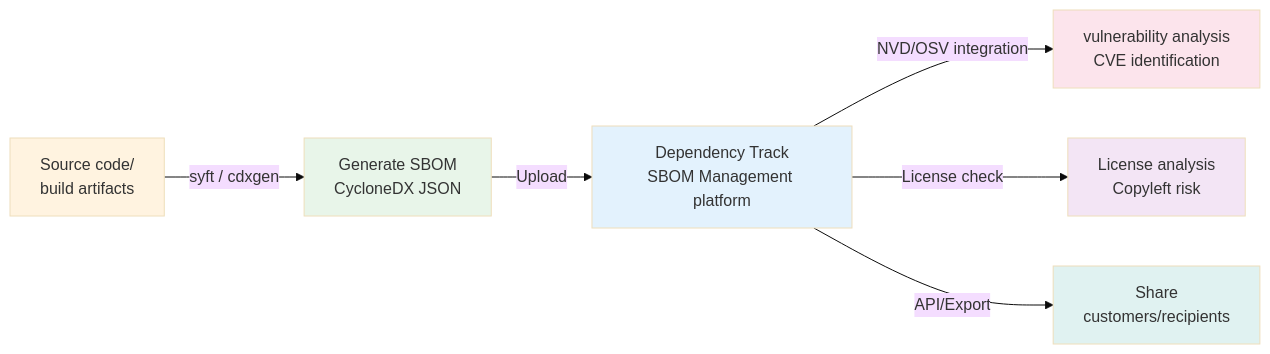
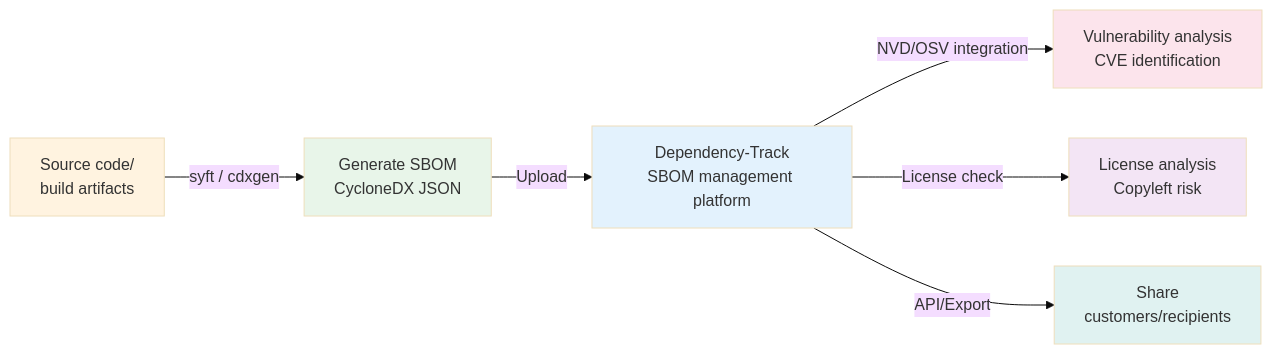
Before and after one commit to trustedoss/trustedoss.github.io: the diagram in website/i18n/en/docusaurus-plugin-content-docs/current/00-overview/sbom-101.md, drawn with Mermaid (base theme). The commit also changed other lines of this file and 33 other files, not shown here.

````diff
--- a/website/i18n/en/docusaurus-plugin-content-docs/current/00-overview/sbom-101.md
+++ b/website/i18n/en/docusaurus-plugin-content-docs/current/00-overview/sbom-101.md
@@ -110,15 +110,15 @@
 ```mermaid
 flowchart LR
     A[Source code/\nbuild artifacts] -->|syft / cdxgen| B[Generate SBOM\nCycloneDX JSON]
-    B -->|Upload| C[Dependency Track\nSBOM Management platform]
-    C -->|NVD/OSV integration| D[vulnerability analysis\nCVE identification]
+    B -->|Upload| C[Dependency-Track\nSBOM management platform]
+    C -->|NVD/OSV integration| D[Vulnerability analysis\nCVE identification]
     C -->|License check| E[License analysis\nCopyleft risk]
     C -->|API/Export| F[Share\ncustomers/recipients]
 
     style A fill:#fff3e0
     style B fill:#e8f5e9
     style C fill:#e3f2fd
     style D fill:#fce4ec
     style E fill:#f3e5f5
     style F fill:#e0f2f1
 ```
````
